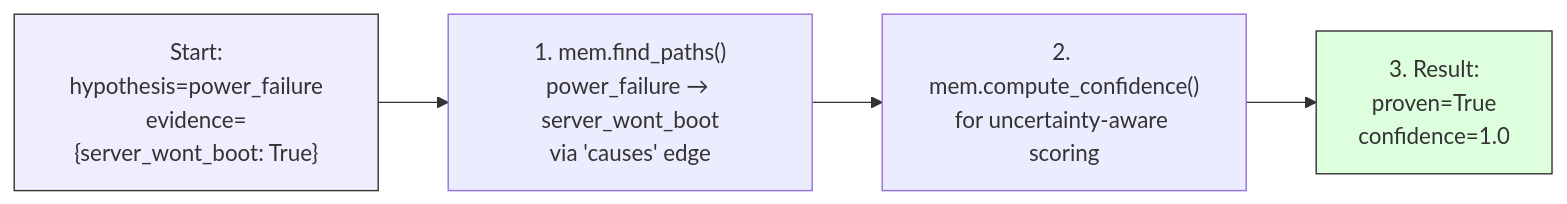
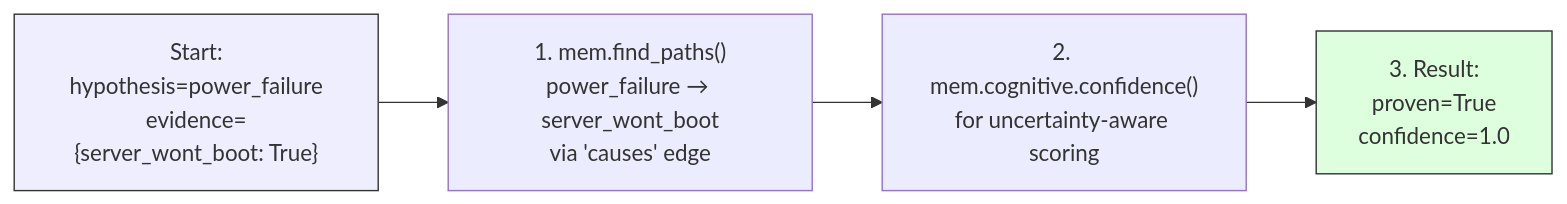
The second of 3 diagrams in examples/showcase/domain/it_troubleshooting/README.md (antquinonez/Hyper3), drawn with Mermaid before and after one commit. The commit also changed other lines of this file and 17 other files, not shown here.

````diff
--- a/examples/showcase/domain/it_troubleshooting/README.md
+++ b/examples/showcase/domain/it_troubleshooting/README.md
@@ -130,13 +130,13 @@
 ```mermaid
 flowchart LR
     Start["Start:<br/>hypothesis=power_failure<br/>evidence={server_wont_boot: True}"] --> Step1
 
     Step1["1. mem.find_paths()<br/>power_failure → server_wont_boot<br/>via 'causes' edge"]
 
-    Step1 --> Step2["2. mem.compute_confidence()<br/>for uncertainty-aware scoring"]
+    Step1 --> Step2["2. mem.cognitive.confidence()<br/>for uncertainty-aware scoring"]
 
     Step2 --> Step3["3. Result:<br/>proven=True<br/>confidence=1.0"]
 
     style Start fill:#eef,stroke:#333
     style Step3 fill:#dfd,stroke:#333
 ```
````
